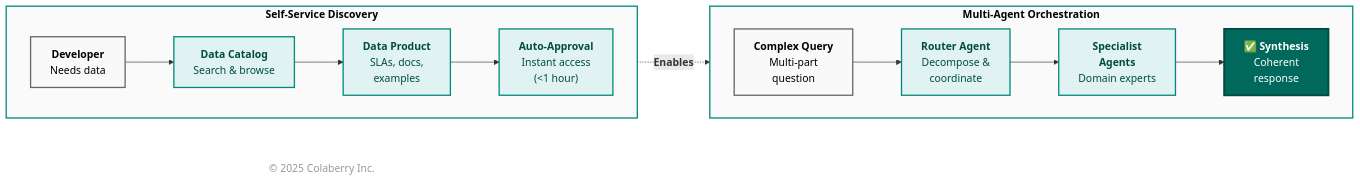
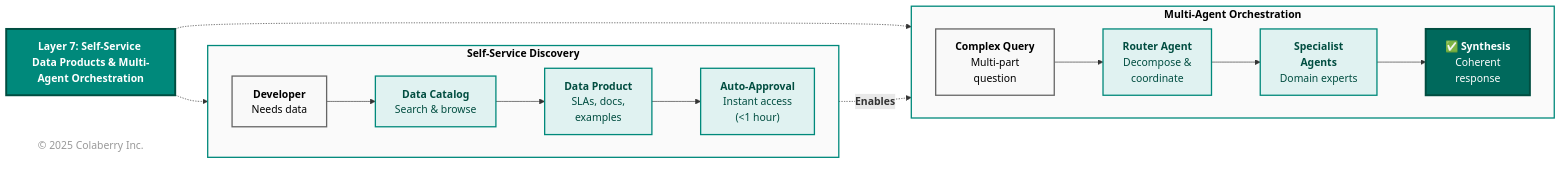
One commit to colaberry/enterprise-data-readiness-ai-agents changed diagram 14 of 18 in chapter-01/chapter_1_complete.md. Above: the diagram before and after it, drawn with Mermaid. The commit also changed other lines of this file, not shown here.

First line of the commit message:
chapter 1 diagrams restructured

````diff
--- a/chapter-01/chapter_1_complete.md
+++ b/chapter-01/chapter_1_complete.md
@@ -2281,44 +2313,49 @@
 ```mermaid
 graph LR
+    TITLE["<b>Layer 7: Self-Service Data Products & Multi-Agent Orchestration</b>"]
+    
     subgraph discovery["<b>Self-Service Discovery</b>"]
         direction LR
         DEV["<b>Developer</b><br/>Needs data"]
         CAT["<b>Data Catalog</b><br/>Search & browse"]
         PROD["<b>Data Product</b><br/>SLAs, docs,<br/>examples"]
         ACCESS["<b>Auto-Approval</b><br/>Instant access<br/>(<1 hour)"]
         
         DEV --> CAT
         CAT --> PROD
         PROD --> ACCESS
     end
     
     subgraph orchestration["<b>Multi-Agent Orchestration</b>"]
         direction LR
         QUERY["<b>Complex Query</b><br/>Multi-part<br/>question"]
         ROUTER["<b>Router Agent</b><br/>Decompose &<br/>coordinate"]
         SPEC["<b>Specialist<br/>Agents</b><br/>Domain experts"]
         SYNTH["<b>✅ Synthesis</b><br/>Coherent<br/>response"]
         
         QUERY --> ROUTER
         ROUTER --> SPEC
         SPEC --> SYNTH
     end
     
+    TITLE -.-> discovery
+    TITLE -.-> orchestration
     ACCESS -.->|"<b>Enables</b>"| SPEC
     
+    style TITLE fill:#00897b,color:#ffffff,stroke:#004d40,stroke-width:3px,font-size:16px
     style discovery fill:#fafafa,stroke:#00897b,stroke-width:2px,color:#000000
     style orchestration fill:#fafafa,stroke:#00897b,stroke-width:2px,color:#000000
     style DEV fill:#f9f9f9,stroke:#666666,stroke-width:2px,color:#000000
     style CAT fill:#e0f2f1,stroke:#00897b,stroke-width:2px,color:#004d40
     style PROD fill:#e0f2f1,stroke:#00897b,stroke-width:2px,color:#004d40
     style ACCESS fill:#e0f2f1,stroke:#00897b,stroke-width:2px,color:#004d40
     style QUERY fill:#f9f9f9,stroke:#666666,stroke-width:2px,color:#000000
     style ROUTER fill:#e0f2f1,stroke:#00897b,stroke-width:2px,color:#004d40
     style SPEC fill:#e0f2f1,stroke:#00897b,stroke-width:2px,color:#004d40
     style SYNTH fill:#00695c,color:#ffffff,stroke:#004d40,stroke-width:3px
 
     %% Copyright Notice
     CR["© 2025 Colaberry Inc."]
     style CR fill:none,stroke:none,color:#999999
 
 ```
````
